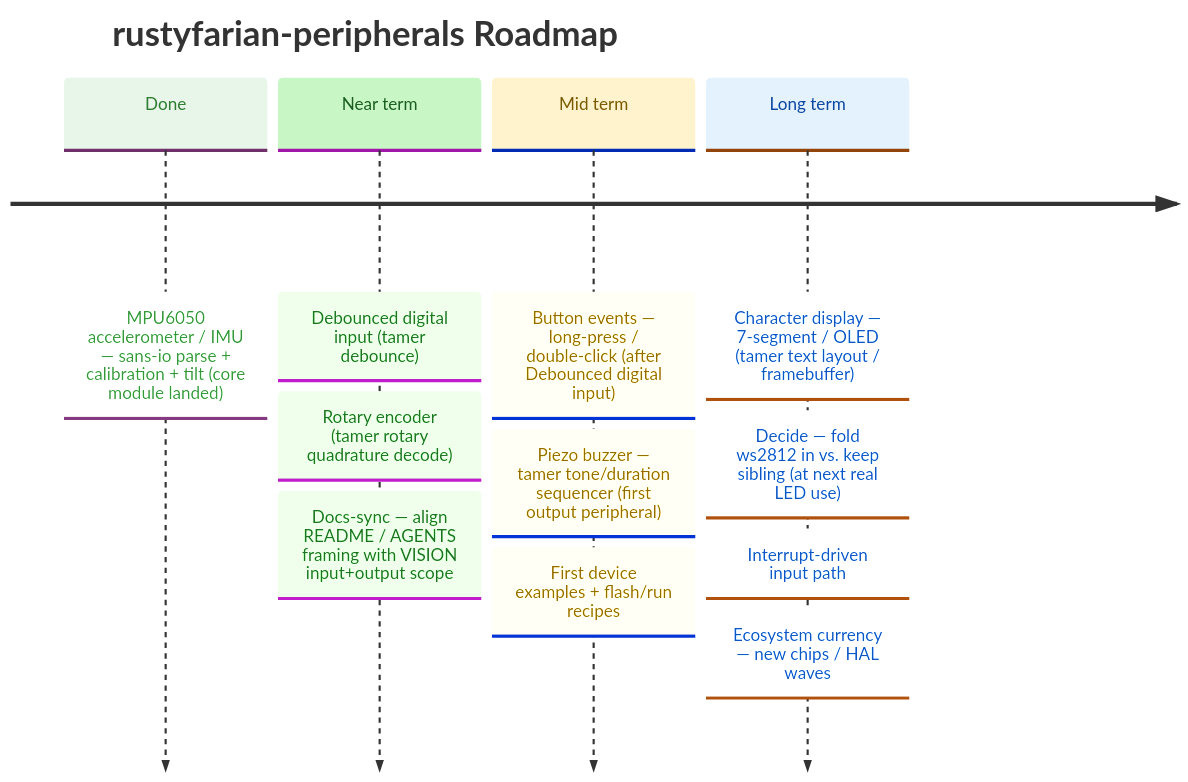
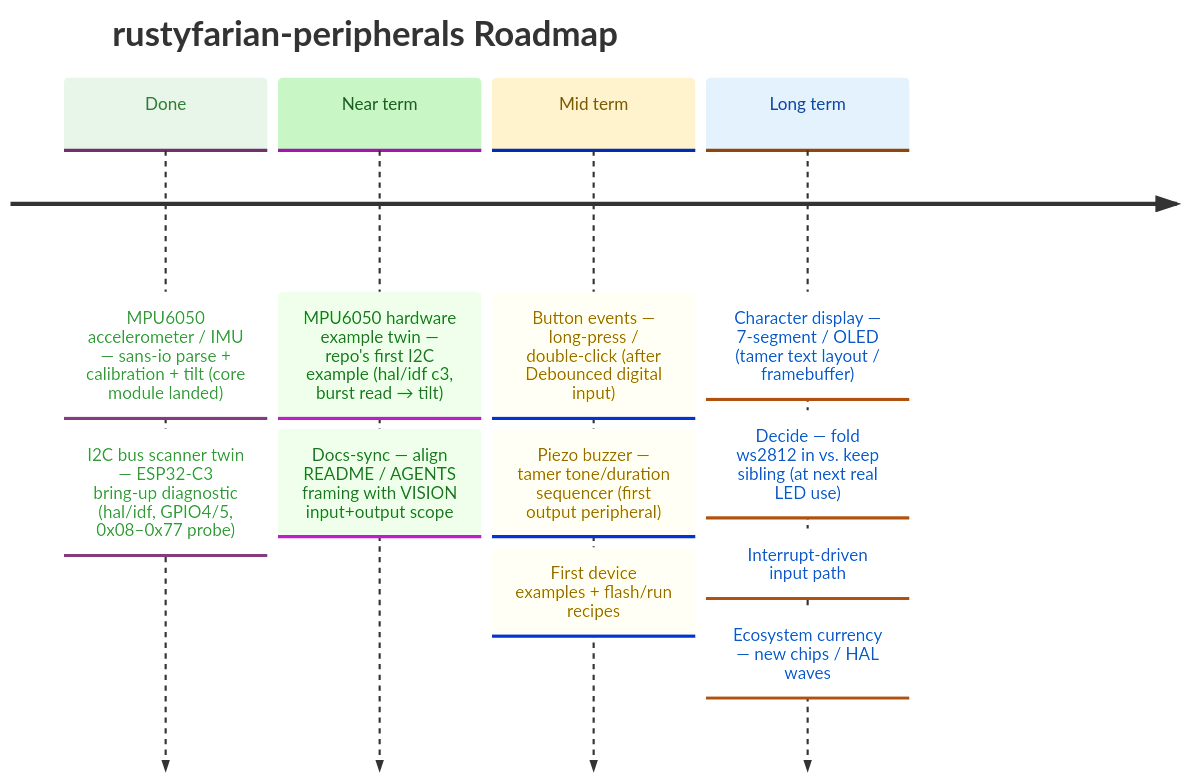
The diagram in docs/ROADMAP.md (datenkollektiv/rustyfarian-peripherals), drawn with Mermaid before and after one commit. The commit also changed 7 other files, not shown here.

First line of the commit message:
Add ESP32-C3 I2C bus scanner examples

````diff
--- a/docs/ROADMAP.md
+++ b/docs/ROADMAP.md
@@ -16,33 +16,33 @@
 ```mermaid
 %%{init: {
   "theme": "base",
   "themeVariables": {
     "cScale0": "#e8f5e9",
     "cScaleLabel0": "#2e7d32",
     "cScale1": "#c8f7c5",
     "cScaleLabel1": "#1b5e20",
     "cScale2": "#fff3cd",
     "cScaleLabel2": "#7a5a00",
     "cScale3": "#e3f2fd",
     "cScaleLabel3": "#0d47a1"
   }
 }}%%
 
 timeline
     title rustyfarian-peripherals Roadmap
 
     Done      : MPU6050 accelerometer / IMU — sans-io parse + calibration + tilt (core module landed)
+              : I2C bus scanner twin — ESP32-C3 bring-up diagnostic (hal/idf, GPIO4/5, 0x08–0x77 probe)
 
-    Near term : Debounced digital input (tamer debounce)
-              : Rotary encoder (tamer rotary quadrature decode)
+    Near term : MPU6050 hardware example twin — repo's first I2C example (hal/idf c3, burst read → tilt)
               : Docs-sync — align README / AGENTS framing with VISION input+output scope
 
     Mid term  : Button events — long-press / double-click (after Debounced digital input)
               : Piezo buzzer — tamer tone/duration sequencer (first output peripheral)
               : First device examples + flash/run recipes
 
     Long term : Character display — 7-segment / OLED (tamer text layout / framebuffer)
               : Decide — fold ws2812 in vs. keep sibling (at next real LED use)
               : Interrupt-driven input path
               : Ecosystem currency — new chips / HAL waves
 ```
````
